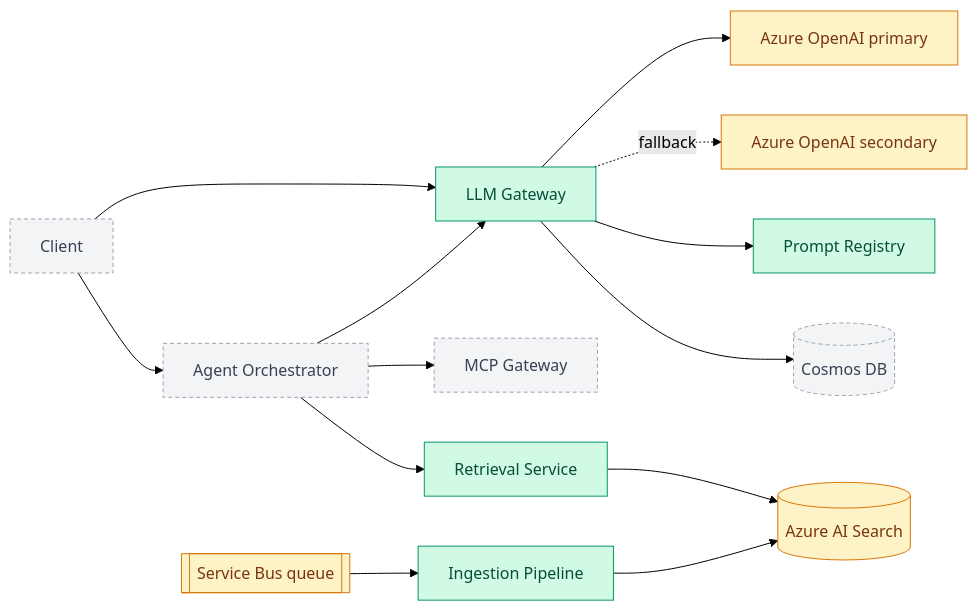
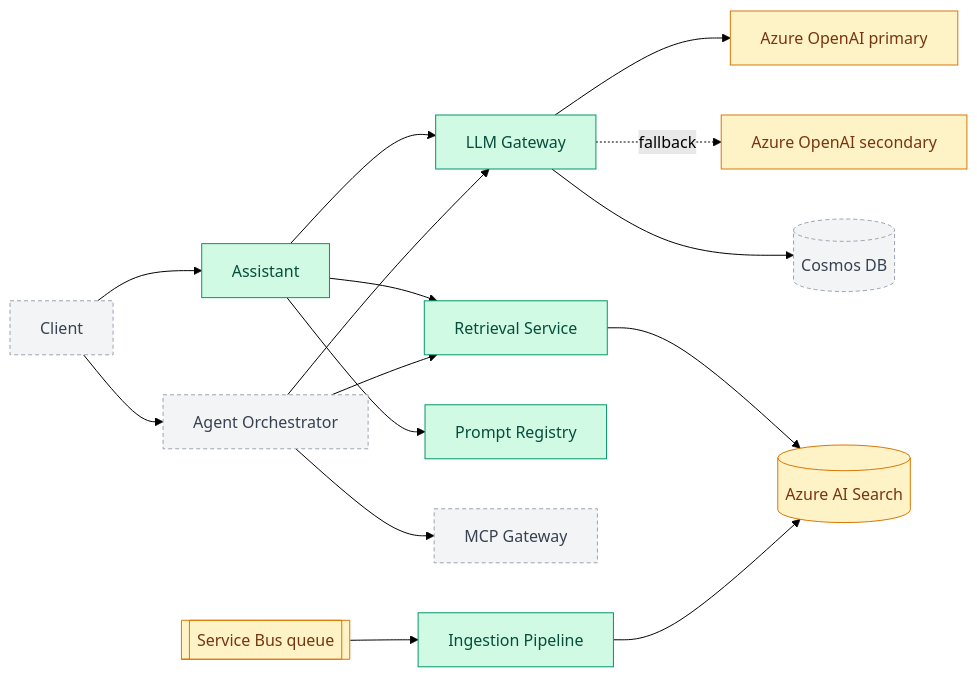
The diagram in README.md (SwaroopManjunath/enterprise-genai-platform), drawn with Mermaid (forest theme) before and after one commit. The commit also changed other lines of this file and 5 other files, not shown here.

First line of the commit message:
docs(assistant): add ADR 0008, service guide and mark Step 7 done

````diff
--- a/README.md
+++ b/README.md
@@ -40,22 +42,24 @@
 ```mermaid
 flowchart LR
-    Client --> GW[LLM Gateway]
+    Client --> AS[Assistant]
+    AS --> GW[LLM Gateway]
+    AS --> RET[Retrieval Service]
+    AS --> PR[Prompt Registry]
     Client --> AG[Agent Orchestrator]
     AG --> GW
     AG --> MCP[MCP Gateway]
-    AG --> RET[Retrieval Service]
+    AG --> RET
     RET --> AIS[(Azure AI Search)]
     ING[Ingestion Pipeline] --> AIS
     SB[[Service Bus queue]] --> ING
     GW --> AOAI1[Azure OpenAI primary]
     GW -. fallback .-> AOAI2[Azure OpenAI secondary]
-    GW --> PR[Prompt Registry]
     GW --> COS[(Cosmos DB)]
 
     classDef done fill:#d1fae5,stroke:#059669,color:#064e3b;
     classDef stub fill:#fef3c7,stroke:#d97706,color:#78350f;
     classDef planned fill:#f3f4f6,stroke:#9ca3af,stroke-dasharray:4 3,color:#374151;
-    class GW,PR,ING,RET done;
+    class AS,GW,PR,ING,RET done;
     class AIS,SB,AOAI1,AOAI2 stub;
     class Client,AG,MCP,COS planned;
 ```
````
